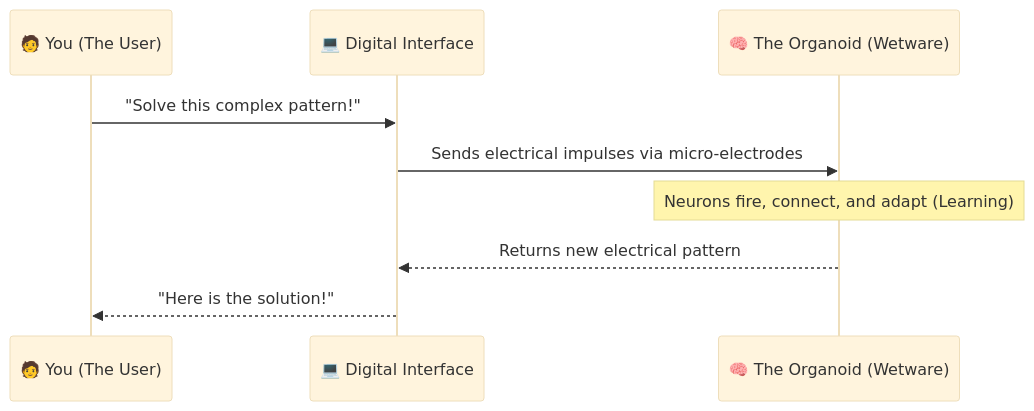
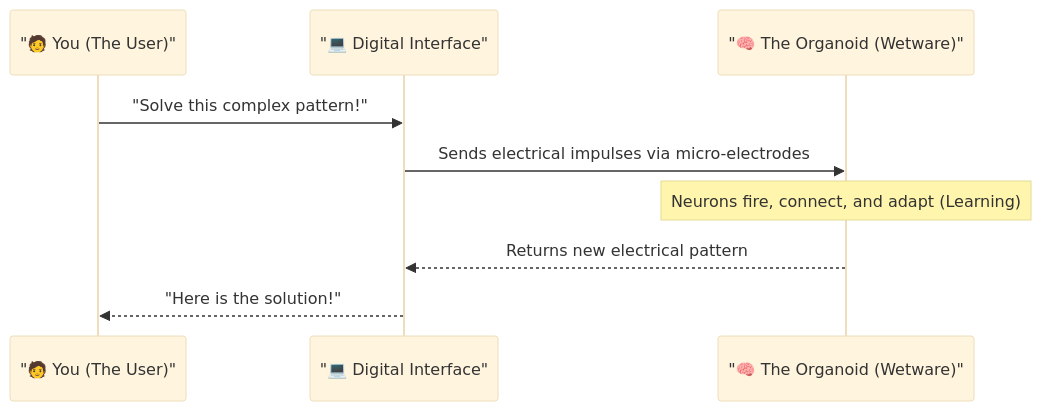
Before and after one commit to vdonthireddy/ai-knowledge-base: the second of 2 diagrams in line35_biological_computing.md, drawn with Mermaid (base theme). The commit also changed other lines of this file, not shown here.

Commit message:
fix: resolve mermaid subgraph link ordering and sequence diagram alias quotes in line35

````diff
--- a/line35_biological_computing.md
+++ b/line35_biological_computing.md
@@ -81,12 +81,12 @@
 ```mermaid
 sequenceDiagram
-    participant User as 🧑 You (The User)
-    participant PC as 💻 Digital Interface
-    participant Bio as 🧠 The Organoid (Wetware)
+    participant User as "🧑 You (The User)"
+    participant PC as "💻 Digital Interface"
+    participant Bio as "🧠 The Organoid (Wetware)"
     
     User->>PC: "Solve this complex pattern!"
     PC->>Bio: Sends electrical impulses via micro-electrodes
     Note over Bio: Neurons fire, connect, and adapt (Learning)
     Bio-->>PC: Returns new electrical pattern
     PC-->>User: "Here is the solution!"
 ```
````
